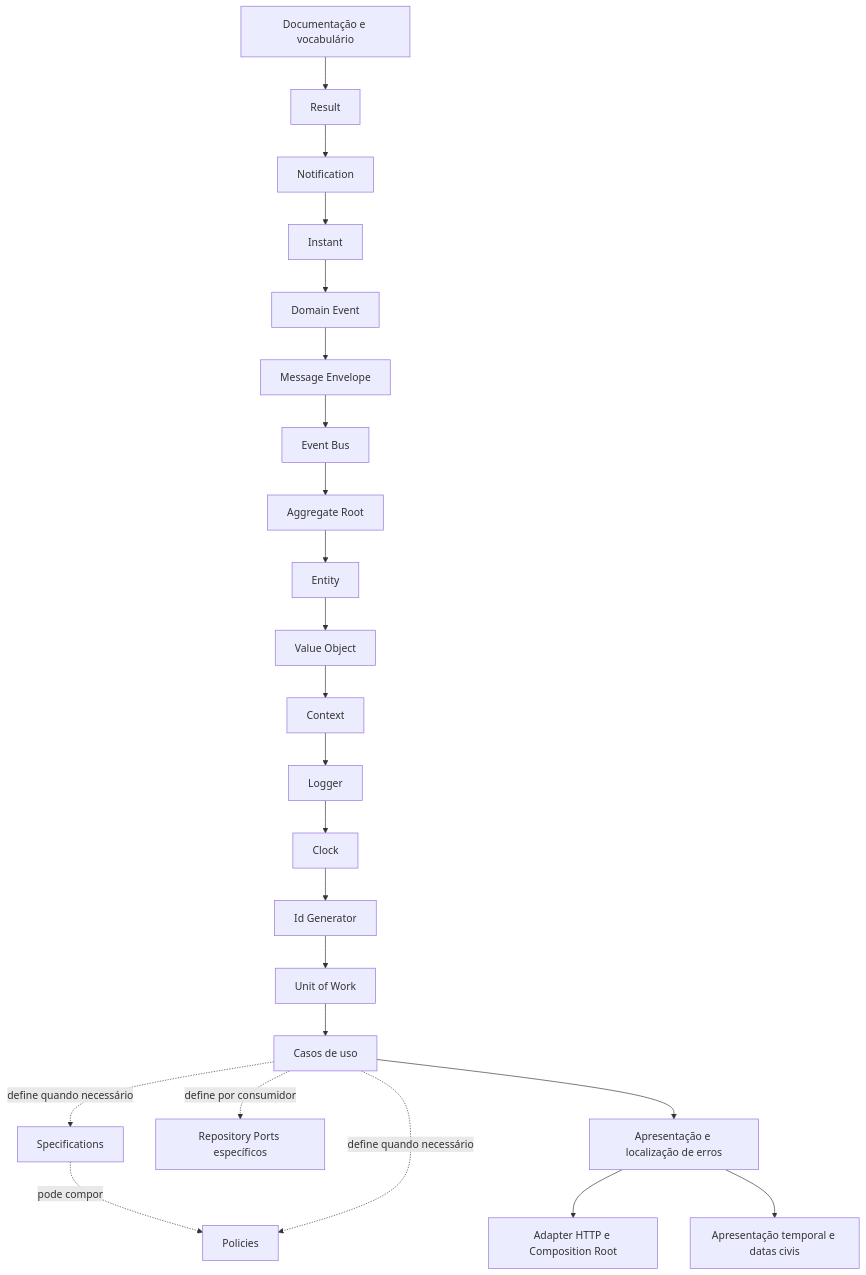
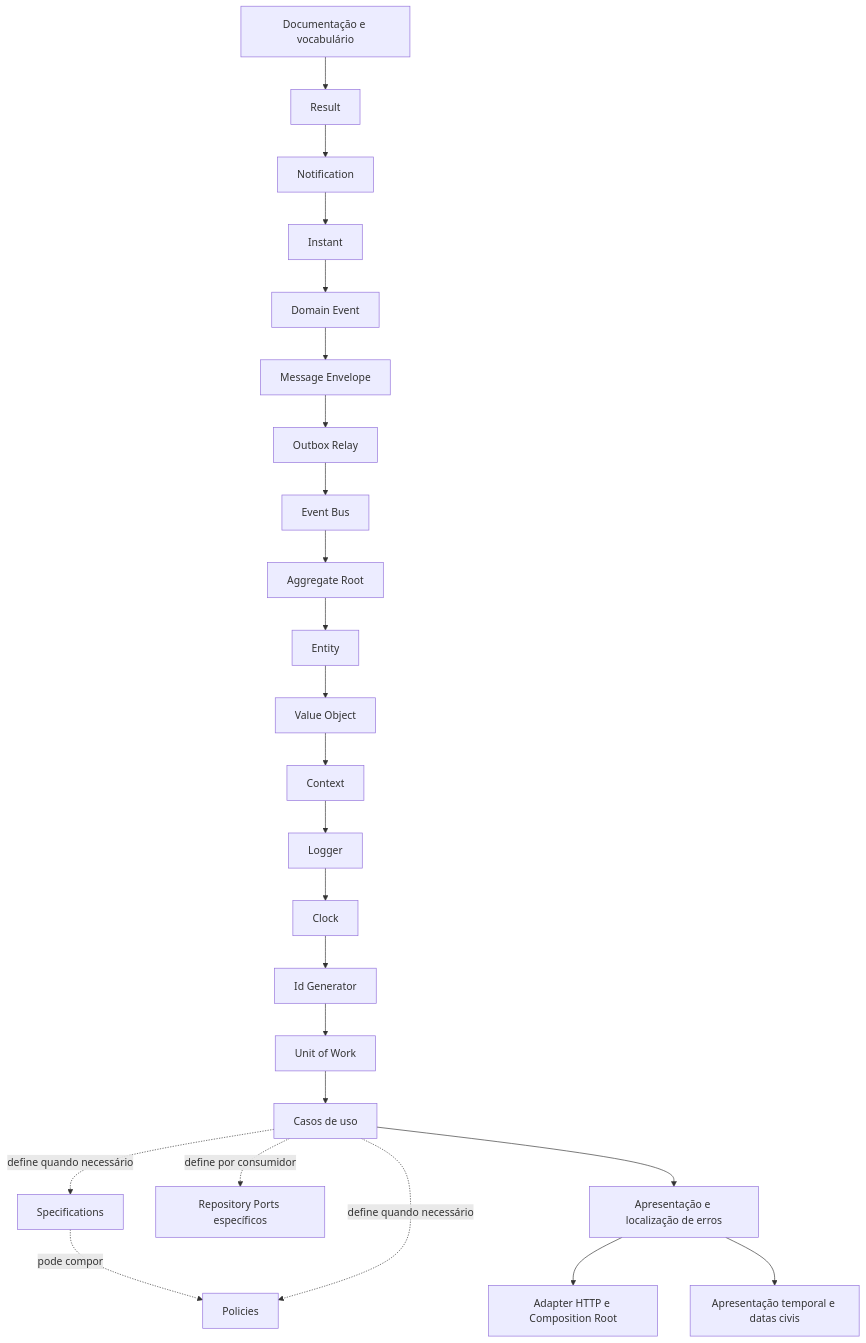
Before and after one commit to MauricioGomes02/servir: the diagram in docs/roadmap.md, drawn with Mermaid. The commit also changed other lines of this file and 13 other files, not shown here.

First line of the commit message:
feat(events): relay outbox events after commit

````diff
--- a/docs/roadmap.md
+++ b/docs/roadmap.md
@@ -23,25 +23,26 @@
 ```mermaid
 flowchart TD
     D[Documentação e vocabulário] --> R[Result]
     R --> N[Notification]
     N --> I[Instant]
     I --> DE[Domain Event]
     DE --> M[Message Envelope]
-    M --> EB[Event Bus]
+    M --> OR[Outbox Relay]
+    OR --> EB[Event Bus]
     EB --> AR[Aggregate Root]
     AR --> E[Entity]
     E --> VO[Value Object]
     VO --> C[Context]
     C --> L[Logger]
     L --> CL[Clock]
     CL --> ID[Id Generator]
     ID --> U[Unit of Work]
     U --> UC[Casos de uso]
     UC -. define quando necessário .-> S[Specifications]
     S -. pode compor .-> P[Policies]
     UC -. define quando necessário .-> P
     UC -. define por consumidor .-> RC[Repository Ports específicos]
     UC --> PL[Apresentação e localização de erros]
     PL --> HTTP[Adapter HTTP e Composition Root]
     PL --> TP[Apresentação temporal e datas civis]
 ```
````
